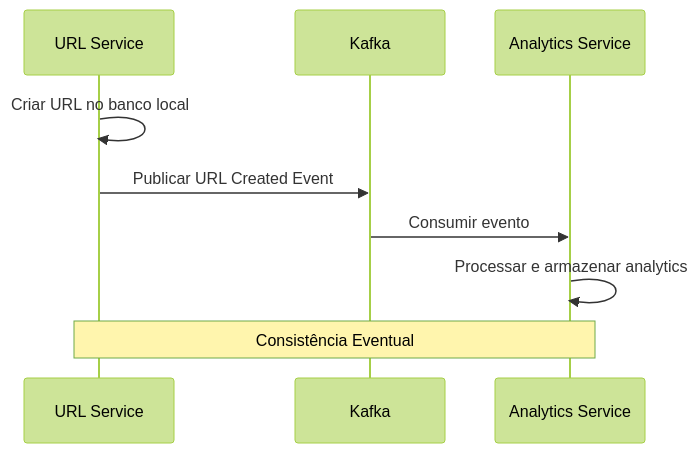
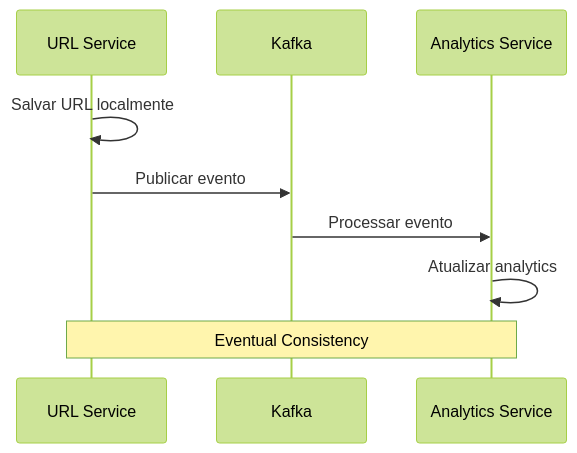
The second of 2 diagrams in docs/02-persistencia-distribuida.md (rocketseat-education/ftr-fundamentos-microsservicos), drawn with Mermaid (forest theme) before and after one commit. The commit also changed other lines of this file and 6 other files, not shown here.

````diff
--- a/docs/02-persistencia-distribuida.md
+++ b/docs/02-persistencia-distribuida.md
@@ -105,13 +93,13 @@
 ```mermaid
 sequenceDiagram
     participant U as URL Service
     participant K as Kafka
     participant A as Analytics Service
     
-    U->>U: Criar URL no banco local
-    U->>K: Publicar URL Created Event
-    K->>A: Consumir evento
-    A->>A: Processar e armazenar analytics
+    U->>U: Salvar URL localmente
+    U->>K: Publicar evento
+    K->>A: Processar evento
+    A->>A: Atualizar analytics
     
-    Note over U,A: Consistência Eventual
+    Note over U,A: Eventual Consistency
 ```
````
